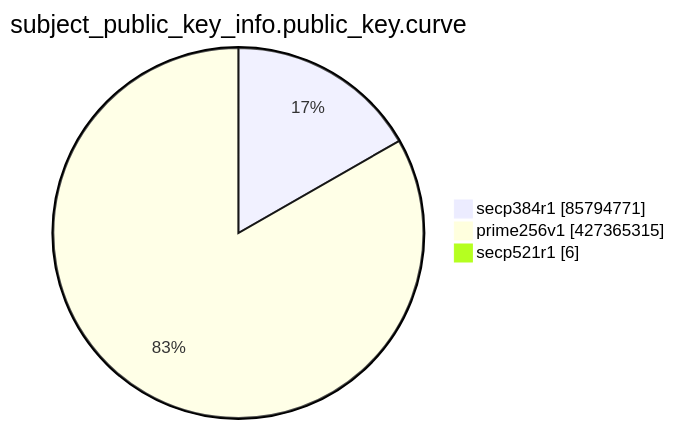
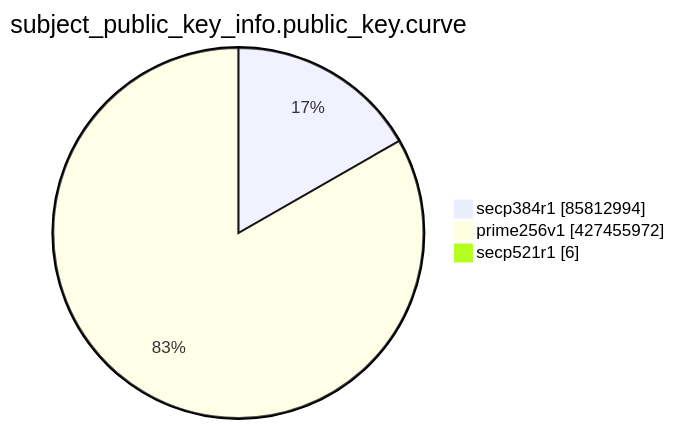
One commit to christiankrug/ctmonitor_visualization changed the eighth of 15 diagrams in TOTAL/README.md. Above: the diagram before and after it, drawn with Mermaid. The commit also changed other lines of this file, not shown here.

````diff
--- a/TOTAL/README.md
+++ b/TOTAL/README.md
@@ -3100,7 +3100,7 @@
 ```mermaid
 pie showData
 title subject_public_key_info.public_key.curve
-"secp384r1" :85794771
-"prime256v1" :427365315
+"secp384r1" :85812994
+"prime256v1" :427455972
 "secp521r1" :6
 ```
````
